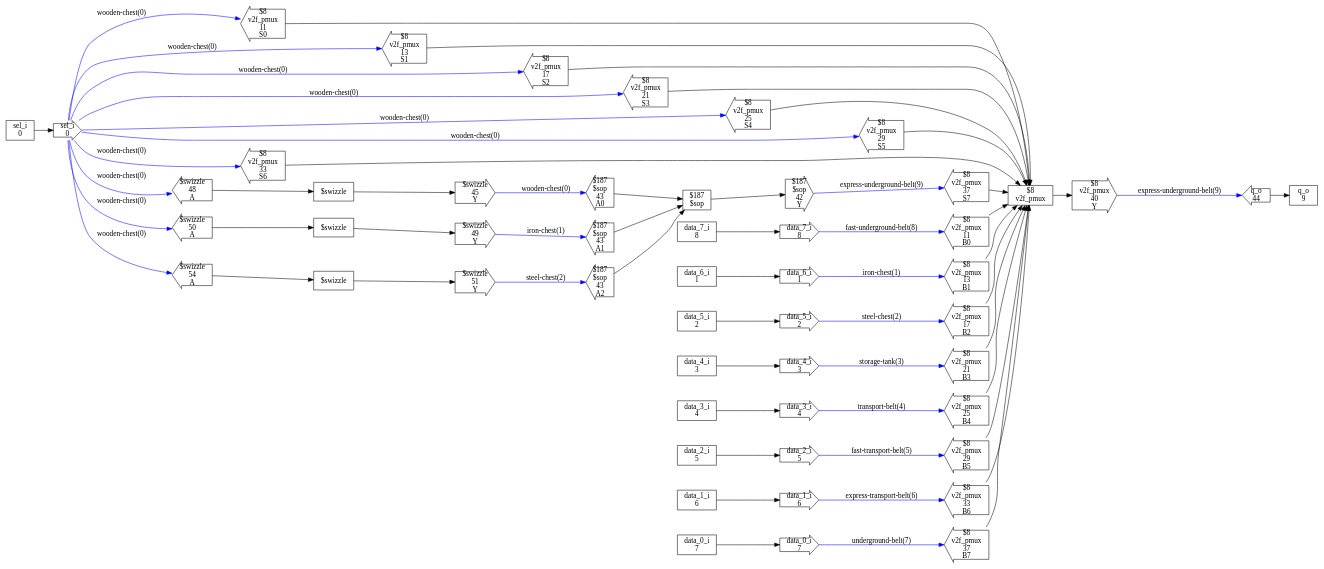
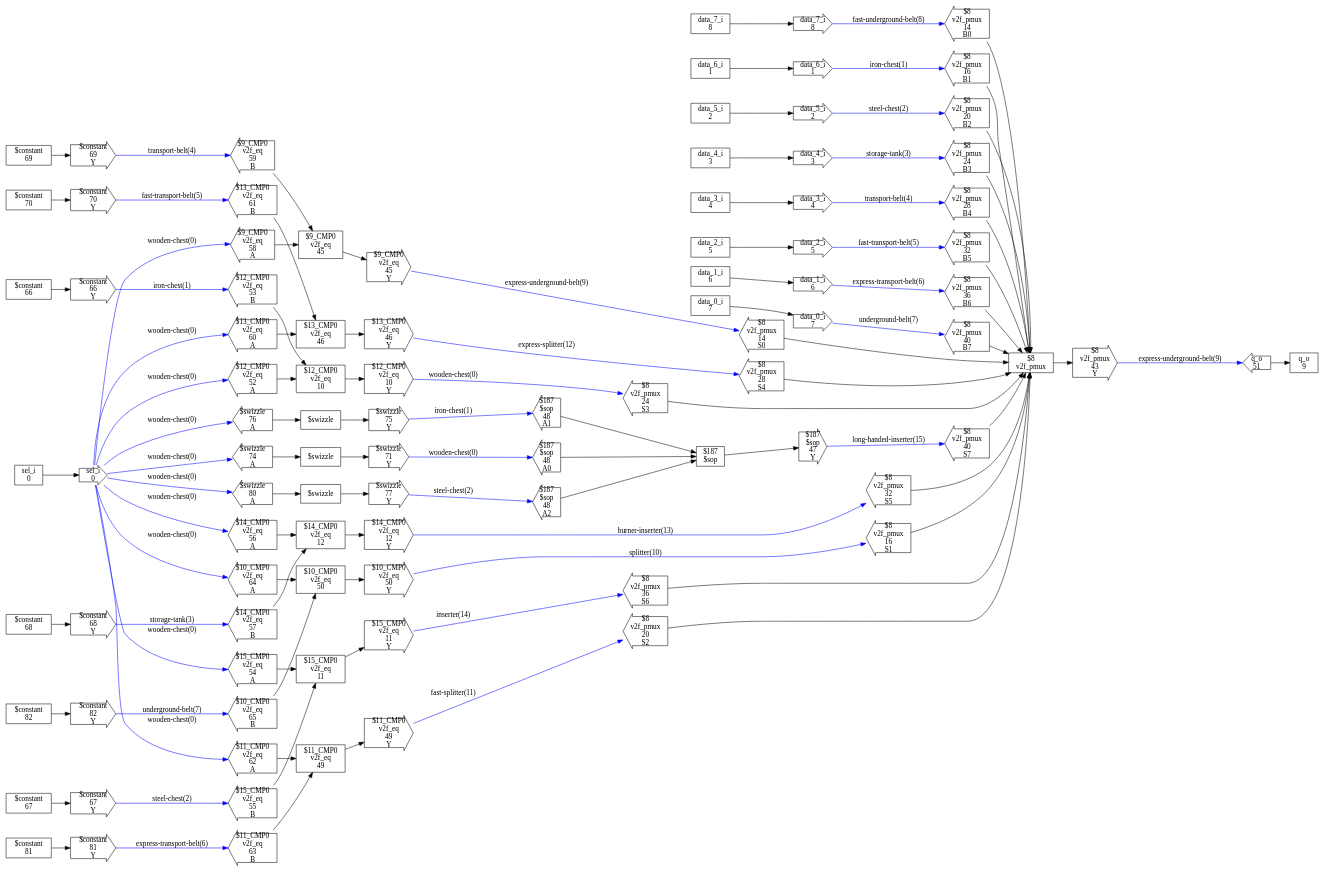
One commit to ben-j-c/verilog2factorio changed the diagram in test_designs/pmux/checked_design.dot. Above: the diagram before and after it, drawn with Graphviz. The commit also changed 55 other files, not shown here.

```diff
--- a/test_designs/pmux/checked_design.dot
+++ b/test_designs/pmux/checked_design.dot
@@ -20,10 +20,31 @@
 8"]
   n9[shape=box,label="q_o
 9"]
+  n10[shape=box,label="$12_CMP0
+v2f_eq
+10"]
+  n11[shape=box,label="$15_CMP0
+v2f_eq
+11"]
+  n12[shape=box,label="$14_CMP0
+v2f_eq
+12"]
   n13[shape=box,label="$8
 v2f_pmux"]
+  n14[shape=box,label="$9_CMP0
+v2f_eq
+45"]
+  n15[shape=box,label="$13_CMP0
+v2f_eq
+46"]
   n16[shape=box,label="$187
 $sop"]
+  n17[shape=box,label="$11_CMP0
+v2f_eq
+49"]
+  n18[shape=box,label="$10_CMP0
+v2f_eq
+50"]
   n19[shape=rarrow,label="sel_i
 0"]
   n20[shape=rarrow,label="data_6_i
@@ -43,112 +64,231 @@
   n27[shape=rarrow,label="data_7_i
 8"]
   n28[shape=larrow,label="q_o
-44"]
+51"]
+  n29[shape=larrow,label="$12_CMP0
+v2f_eq
+52
+A"]
+  n30[shape=larrow,label="$12_CMP0
+v2f_eq
+53
+B"]
+  n31[shape=rarrow,label="$12_CMP0
+v2f_eq
+10
+Y"]
+  n32[shape=larrow,label="$15_CMP0
+v2f_eq
+54
+A"]
+  n33[shape=larrow,label="$15_CMP0
+v2f_eq
+55
+B"]
+  n34[shape=rarrow,label="$15_CMP0
+v2f_eq
+11
+Y"]
+  n35[shape=larrow,label="$14_CMP0
+v2f_eq
+56
+A"]
+  n36[shape=larrow,label="$14_CMP0
+v2f_eq
+57
+B"]
+  n37[shape=rarrow,label="$14_CMP0
+v2f_eq
+12
+Y"]
   n38[shape=larrow,label="$8
 v2f_pmux
-11
+14
 B0"]
   n39[shape=larrow,label="$8
 v2f_pmux
-13
+16
 B1"]
   n40[shape=larrow,label="$8
 v2f_pmux
-17
+20
 B2"]
   n41[shape=larrow,label="$8
 v2f_pmux
-21
+24
 B3"]
   n42[shape=larrow,label="$8
 v2f_pmux
-25
+28
 B4"]
   n43[shape=larrow,label="$8
 v2f_pmux
-29
+32
 B5"]
   n44[shape=larrow,label="$8
 v2f_pmux
-33
+36
 B6"]
   n45[shape=larrow,label="$8
 v2f_pmux
-37
+40
 B7"]
   n46[shape=larrow,label="$8
 v2f_pmux
-11
+14
 S0"]
   n47[shape=larrow,label="$8
 v2f_pmux
-13
+16
 S1"]
   n48[shape=larrow,label="$8
 v2f_pmux
-17
+20
 S2"]
   n49[shape=larrow,label="$8
 v2f_pmux
-21
+24
 S3"]
   n50[shape=larrow,label="$8
 v2f_pmux
-25
+28
 S4"]
   n51[shape=larrow,label="$8
 v2f_pmux
-29
+32
 S5"]
   n52[shape=larrow,label="$8
 v2f_pmux
-33
+36
 S6"]
   n53[shape=larrow,label="$8
 v2f_pmux
-37
+40
 S7"]
   n54[shape=rarrow,label="$8
 v2f_pmux
-40
+43
+Y"]
+  n55[shape=larrow,label="$9_CMP0
+v2f_eq
+58
+A"]
+  n56[shape=larrow,label="$9_CMP0
+v2f_eq
+59
+B"]
+  n57[shape=rarrow,label="$9_CMP0
+v2f_eq
+45
+Y"]
+  n58[shape=larrow,label="$13_CMP0
+v2f_eq
+60
+A"]
+  n59[shape=larrow,label="$13_CMP0
+v2f_eq
+61
+B"]
+  n60[shape=rarrow,label="$13_CMP0
+v2f_eq
+46
 Y"]
   n61[shape=larrow,label="$187
 $sop
-43
+48
 A0"]
   n62[shape=larrow,label="$187
 $sop
-43
+48
 A1"]
   n63[shape=larrow,label="$187
 $sop
-43
+48
 A2"]
   n64[shape=rarrow,label="$187
 $sop
-42
+47
+Y"]
+  n65[shape=larrow,label="$11_CMP0
+v2f_eq
+62
+A"]
+  n66[shape=larrow,label="$11_CMP0
+v2f_eq
+63
+B"]
+  n67[shape=rarrow,label="$11_CMP0
+v2f_eq
+49
+Y"]
+  n68[shape=larrow,label="$10_CMP0
+v2f_eq
+64
+A"]
+  n69[shape=larrow,label="$10_CMP0
+v2f_eq
+65
+B"]
+  n70[shape=rarrow,label="$10_CMP0
+v2f_eq
+50
+Y"]
+  n71[shape=box,label="$constant
+66"]
+  n72[shape=rarrow,label="$constant
+66
+Y"]
+  n73[shape=box,label="$constant
+67"]
+  n74[shape=rarrow,label="$constant
+67
+Y"]
+  n75[shape=box,label="$constant
+68"]
+  n76[shape=rarrow,label="$constant
+68
+Y"]
+  n77[shape=box,label="$constant
+69"]
+  n78[shape=rarrow,label="$constant
+69
+Y"]
+  n79[shape=box,label="$constant
+70"]
+  n80[shape=rarrow,label="$constant
+70
 Y"]
   n81[shape=box,label="$swizzle"]
   n82[shape=rarrow,label="$swizzle
-45
+71
 Y"]
   n83[shape=larrow,label="$swizzle
-48
+74
 A"]
   n84[shape=box,label="$swizzle"]
   n85[shape=rarrow,label="$swizzle
-49
+75
 Y"]
   n86[shape=larrow,label="$swizzle
-50
+76
 A"]
   n87[shape=box,label="$swizzle"]
   n88[shape=rarrow,label="$swizzle
-51
+77
 Y"]
   n89[shape=larrow,label="$swizzle
-54
+80
 A"]
+  n90[shape=box,label="$constant
+81"]
+  n91[shape=rarrow,label="$constant
+81
+Y"]
+  n92[shape=box,label="$constant
+82"]
+  n93[shape=rarrow,label="$constant
+82
+Y"]
   n0 -> n19
   n1 -> n20
   n2 -> n21
@@ -158,18 +298,25 @@
   n6 -> n25
   n7 -> n26
   n8 -> n27
+  n10 -> n31
+  n11 -> n34
+  n12 -> n37
   n13 -> n54
+  n14 -> n57
+  n15 -> n60
   n16 -> n64
+  n17 -> n67
+  n18 -> n70
+  n19 -> n29 [label="wooden-chest(0)",syle=bold,color=blue]
+  n19 -> n32 [label="wooden-chest(0)",syle=bold,color=blue]
+  n19 -> n35 [label="wooden-chest(0)",syle=bold,color=blue]
+  n19 -> n55 [label="wooden-chest(0)",syle=bold,color=blue]
+  n19 -> n58 [label="wooden-chest(0)",syle=bold,color=blue]
+  n19 -> n65 [label="wooden-chest(0)",syle=bold,color=blue]
+  n19 -> n68 [label="wooden-chest(0)",syle=bold,color=blue]
   n19 -> n83 [label="wooden-chest(0)",syle=bold,color=blue]
   n19 -> n86 [label="wooden-chest(0)",syle=bold,color=blue]
   n19 -> n89 [label="wooden-chest(0)",syle=bold,color=blue]
-  n19 -> n46 [label="wooden-chest(0)",syle=bold,color=blue]
-  n19 -> n47 [label="wooden-chest(0)",syle=bold,color=blue]
-  n19 -> n48 [label="wooden-chest(0)",syle=bold,color=blue]
-  n19 -> n49 [label="wooden-chest(0)",syle=bold,color=blue]
-  n19 -> n50 [label="wooden-chest(0)",syle=bold,color=blue]
-  n19 -> n51 [label="wooden-chest(0)",syle=bold,color=blue]
-  n19 -> n52 [label="wooden-chest(0)",syle=bold,color=blue]
   n20 -> n39 [label="iron-chest(1)",syle=bold,color=blue]
   n21 -> n40 [label="steel-chest(2)",syle=bold,color=blue]
   n22 -> n41 [label="storage-tank(3)",syle=bold,color=blue]
@@ -179,6 +326,15 @@
   n26 -> n45 [label="underground-belt(7)",syle=bold,color=blue]
   n27 -> n38 [label="fast-underground-belt(8)",syle=bold,color=blue]
   n28 -> n9
+  n29 -> n10
+  n30 -> n10
+  n31 -> n49 [label="wooden-chest(0)",syle=bold,color=blue]
+  n32 -> n11
+  n33 -> n11
+  n34 -> n52 [label="inserter(14)",syle=bold,color=blue]
+  n35 -> n12
+  n36 -> n12
+  n37 -> n51 [label="burner-inserter(13)",syle=bold,color=blue]
   n38 -> n13
   n39 -> n13
   n40 -> n13
@@ -196,10 +352,32 @@
   n52 -> n13
   n53 -> n13
   n54 -> n28 [label="express-underground-belt(9)",syle=bold,color=blue]
+  n55 -> n14
+  n56 -> n14
+  n57 -> n46 [label="express-underground-belt(9)",syle=bold,color=blue]
+  n58 -> n15
+  n59 -> n15
+  n60 -> n50 [label="express-splitter(12)",syle=bold,color=blue]
   n61 -> n16
   n62 -> n16
   n63 -> n16
-  n64 -> n53 [label="express-underground-belt(9)",syle=bold,color=blue]
+  n64 -> n53 [label="long-handed-inserter(15)",syle=bold,color=blue]
+  n65 -> n17
+  n66 -> n17
+  n67 -> n48 [label="fast-splitter(11)",syle=bold,color=blue]
+  n68 -> n18
+  n69 -> n18
+  n70 -> n47 [label="splitter(10)",syle=bold,color=blue]
+  n71 -> n72
+  n72 -> n30 [label="iron-chest(1)",syle=bold,color=blue]
+  n73 -> n74
+  n74 -> n33 [label="steel-chest(2)",syle=bold,color=blue]
+  n75 -> n76
+  n76 -> n36 [label="storage-tank(3)",syle=bold,color=blue]
+  n77 -> n78
+  n78 -> n56 [label="transport-belt(4)",syle=bold,color=blue]
+  n79 -> n80
+  n80 -> n59 [label="fast-transport-belt(5)",syle=bold,color=blue]
   n81 -> n82
   n82 -> n61 [label="wooden-chest(0)",syle=bold,color=blue]
   n83 -> n81
@@ -209,4 +387,8 @@
   n87 -> n88
   n88 -> n63 [label="steel-chest(2)",syle=bold,color=blue]
   n89 -> n87
+  n90 -> n91
+  n91 -> n66 [label="express-transport-belt(6)",syle=bold,color=blue]
+  n92 -> n93
+  n93 -> n69 [label="underground-belt(7)",syle=bold,color=blue]
 }
```
